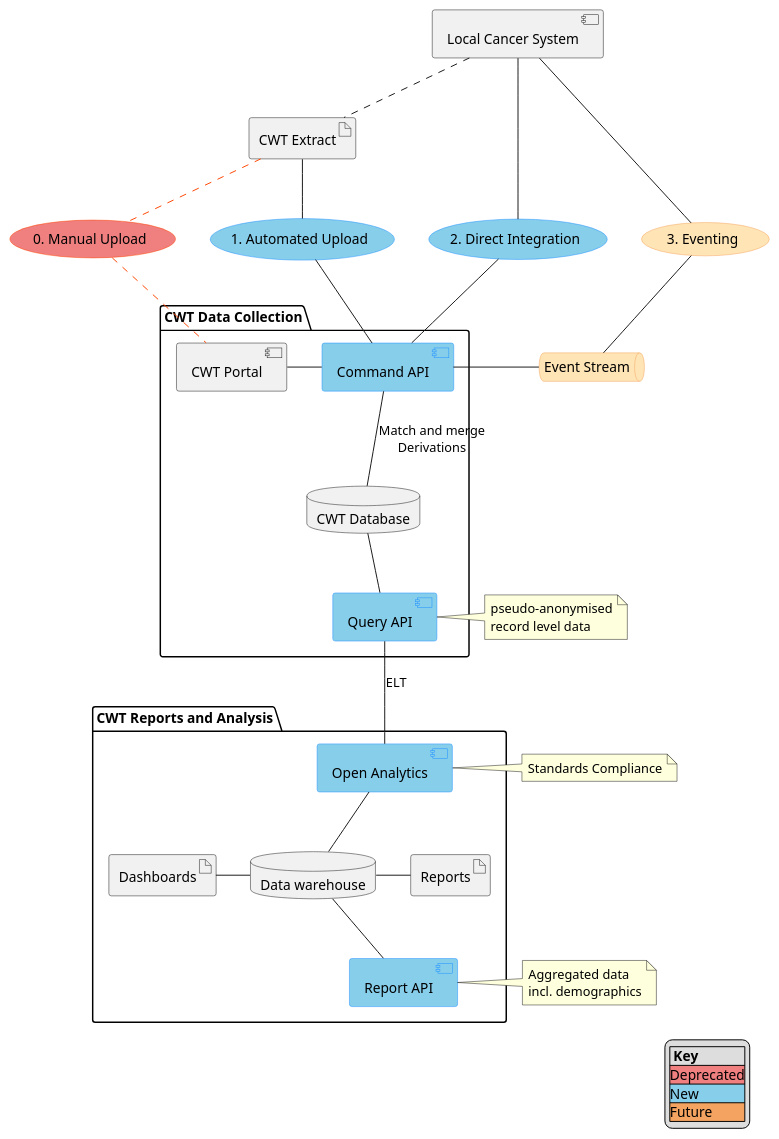
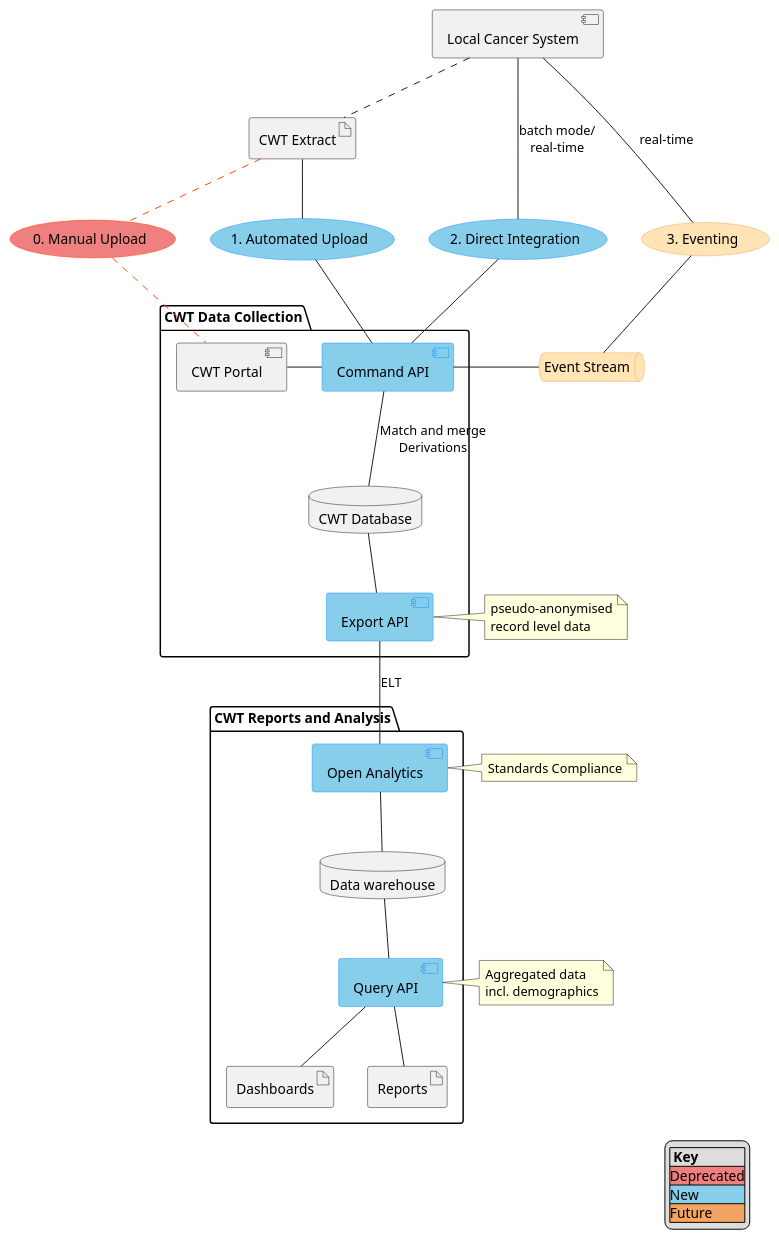
Before and after one commit to nhsx/dt-public: the diagram in CWT/ToBe/conceptual-model.puml, drawn with PlantUML. The commit also changed 2 other files, not shown here.

Commit message:
Update file(s) "/." from "nhsx/dt-architecture"

```diff
--- a/CWT/ToBe/conceptual-model.puml
+++ b/CWT/ToBe/conceptual-model.puml
@@ -1,123 +1,123 @@
 @startuml cwt-tobe-conceptual-model
 'left to right direction
 
 hide stereotype
 skinparam usecase {
   BackgroundColor<<New>> #SkyBlue
   BorderColor<<New>> #DodgerBlue
 
   BackgroundColor<<Deprecated>> #LightCoral  
   BorderColor<<Deprecated>> #OrangeRed
 
   BackgroundColor<<Future>> #Moccasin  
   BorderColor<<Future>> #SandyBrown  
 }
 
 skinparam component {
   BackgroundColor<<New>> #SkyBlue
   BorderColor<<New>> #DodgerBlue
 
   BackgroundColor<<Deprecated>> #LightCoral  
   BorderColor<<Deprecated>> #OrangeRed
 }
 
 skinparam queue {
   BackgroundColor<<Future>> #Moccasin  
   BorderColor<<Future>> #SandyBrown    
 }
 
 skinparam arrow {
   Color<<Deprecated>> #OrangeRed 
 }
 
 skinparam rectangle {
   BackgroundColor<<New>> #SkyBlue
   BorderColor<<New>> #DodgerBlue
 
   BackgroundColor<<Deprecated>> #LightCoral  
   BorderColor<<Deprecated>> #OrangeRed
 
   BackgroundColor<<Future>> #Moccasin  
   BorderColor<<Future>> #SandyBrown    
 }
 
 component "Local Cancer System" as lcs
 queue "Event Stream" <<Future>> as es
 artifact "CWT Extract" as file
 
 usecase "0. Manual Upload" <<Deprecated>> as mup
 usecase "1. Automated Upload" <<New>> as aup
 usecase "2. Direct Integration" <<New>> as di
 usecase "3. Eventing" <<Future>> as ev
 
 package "CWT Data Collection" {
 
 component "CWT Portal" as cwt
 component "Command API" <<New>> as capi
 database "CWT Database" as db
-component "Query API" <<New>>   as qapi
+component "Export API" <<New>>   as eapi
 
 cwt - capi
 capi -- db : Match and merge\nDerivations 
-db -- qapi
+db -- eapi
 
 }
 
 package "CWT Reports and Analysis" {
 
-
 component "Open Analytics" <<New>> as oa
 database "Data warehouse" as dw
-component "Report API" <<New>> as ra
+component "Query API" <<New>> as qapi
 artifact "Dashboards" as dbs
 artifact "Reports" as rpt
+
 }
 
 note as n1
   pseudo-anonymised
   record level data
 endnote
 
 note as n2
   Standards Compliance
 endnote
 
 note as n3
   Aggregated data 
   incl. demographics
 endnote
 
 lcs .. file
 file .. mup<<Deprecated>>
 mup .. cwt<<Deprecated>>
 
 file -- aup
 aup -- capi
 
-lcs --- di
+lcs --- di : batch mode/\nreal-time
 di -- capi
 
-lcs --- ev
+lcs --- ev : real-time
 ev -- es
 capi - es
 
-qapi -- oa : ELT
+eapi -- oa : ELT
 oa -- dw
 
-dw -- ra
+dw -- qapi
 
-dw -left- dbs
-dw -right- rpt
+qapi -- dbs
+qapi -- rpt
 
-qapi - n1
+eapi - n1
 oa - n2
-ra - n3
+qapi - n3
 
 legend right
 |= Key |
 |<#LightCoral>Deprecated|
 |<#SkyBlue>New|
 |<#SandyBrown>Future|
 endlegend
 
 @enduml
```
